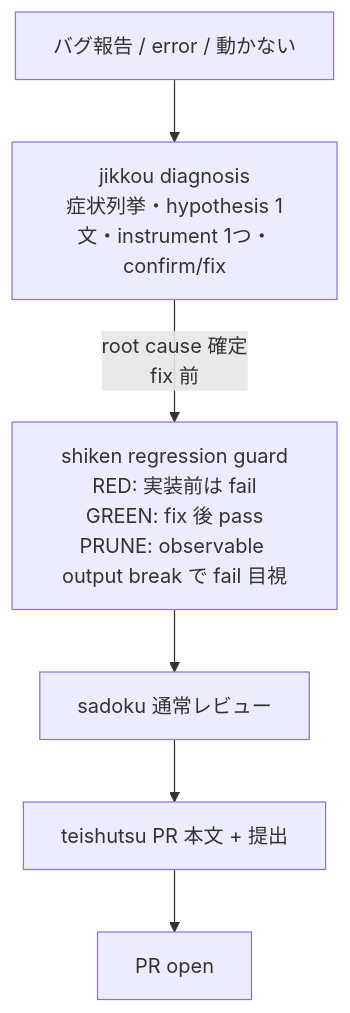
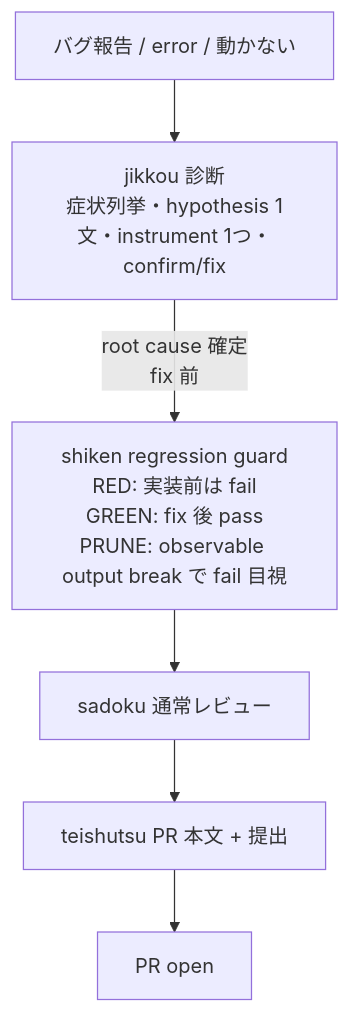
One commit to hayashiii-ghub/hikizan changed the third of 6 diagrams in docs/workflow.md. Above: the diagram before and after it, drawn with Mermaid. The commit also changed other lines of this file and 3 other files, not shown here.

````diff
--- a/docs/workflow.md
+++ b/docs/workflow.md
@@ -106,8 +108,8 @@
 ```mermaid
 flowchart TB
-  B0["バグ報告 / error / 動かない"] --> B1["jikkou diagnosis<br/>症状列挙・hypothesis 1文・instrument 1つ・confirm/fix"]
+  B0["バグ報告 / error / 動かない"] --> B1["jikkou 診断<br/>症状列挙・hypothesis 1文・instrument 1つ・confirm/fix"]
   B1 -->|"root cause 確定<br/>fix 前"| B2["shiken regression guard<br/>RED: 実装前は fail<br/>GREEN: fix 後 pass<br/>PRUNE: observable output break で fail 目視"]
   B2 --> B3["sadoku 通常レビュー"]
   B3 --> B4["teishutsu PR 本文 + 提出"]
   B4 --> B5["PR open"]
 ```
````
